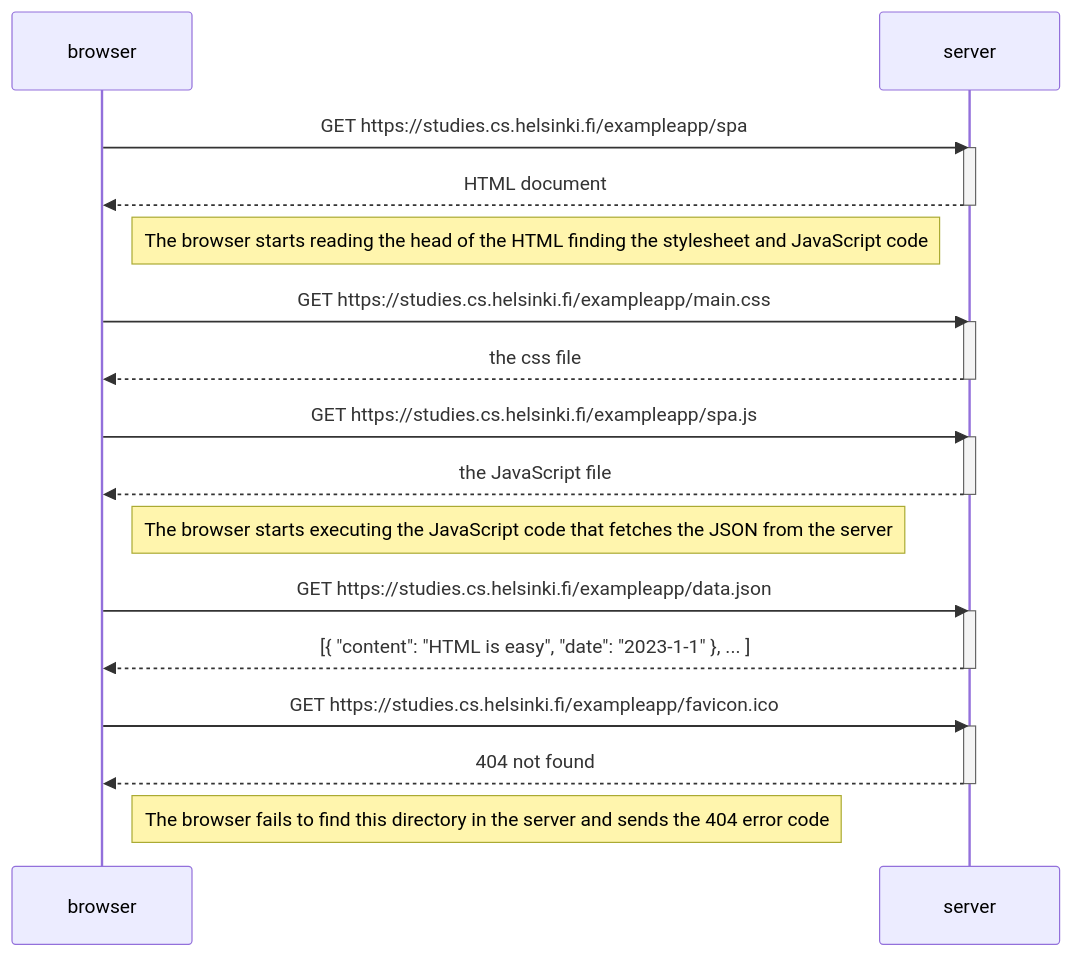
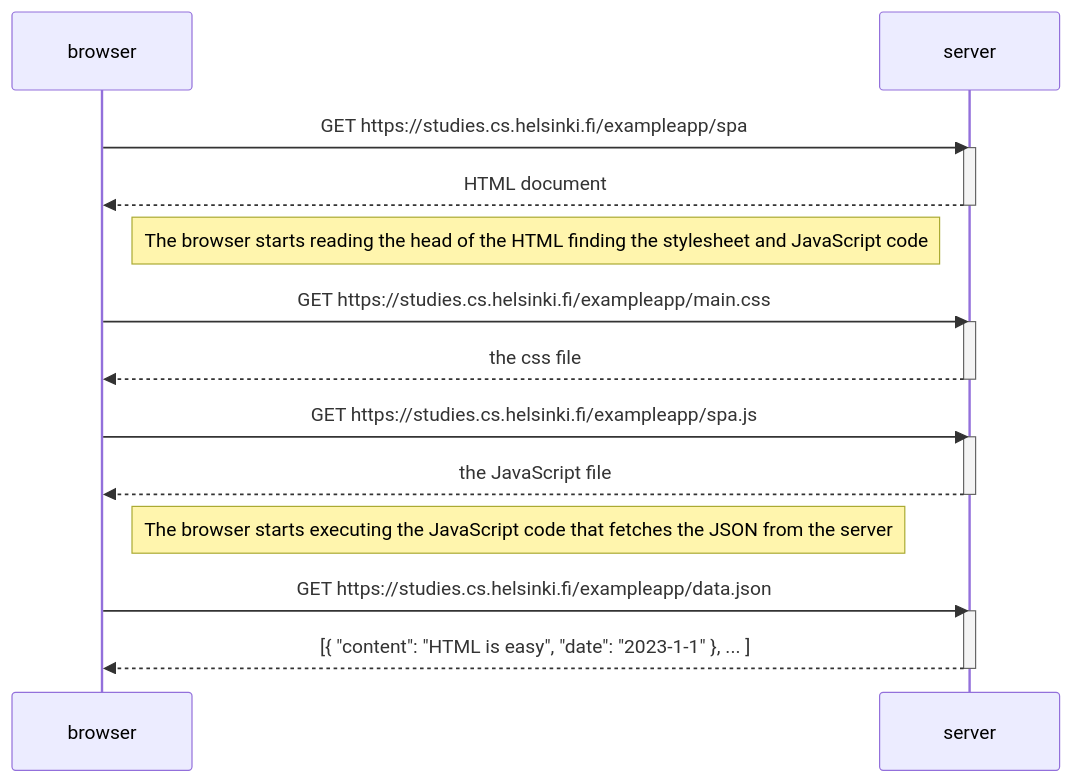
Before and after one commit to oivamickelsson/fullstackopen: the diagram in part0/exercise05.md, drawn with Mermaid.

````diff
--- a/part0/exercise05.md
+++ b/part0/exercise05.md
@@ -3,36 +3,30 @@
 ```mermaid
 sequenceDiagram
     participant browser
     participant server
 
     browser->>server: GET https://studies.cs.helsinki.fi/exampleapp/spa
     activate server
     server-->>browser: HTML document
     deactivate server
     
     Note right of browser: The browser starts reading the head of the HTML finding the stylesheet and JavaScript code
     
     browser->>server: GET https://studies.cs.helsinki.fi/exampleapp/main.css
     activate server
     server-->>browser: the css file
     deactivate server
 
     browser->>server: GET https://studies.cs.helsinki.fi/exampleapp/spa.js
     activate server
     server-->>browser: the JavaScript file
     deactivate server
 
     Note right of browser: The browser starts executing the JavaScript code that fetches the JSON from the server
 
     browser->>server: GET https://studies.cs.helsinki.fi/exampleapp/data.json
     activate server
     server-->>browser: [{ "content": "HTML is easy", "date": "2023-1-1" }, ... ]
     deactivate server
 
-    browser->>server: GET https://studies.cs.helsinki.fi/exampleapp/favicon.ico
-    activate server
-    server-->>browser: 404 not found
-    deactivate server
-
-    Note right of browser: The browser fails to find this directory in the server and sends the 404 error code
 ```
````
